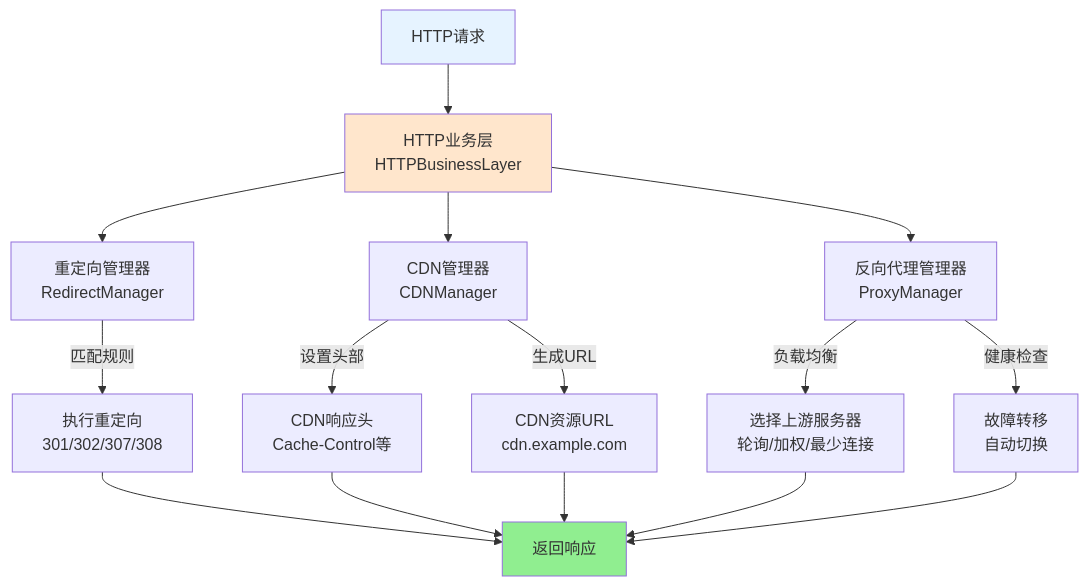
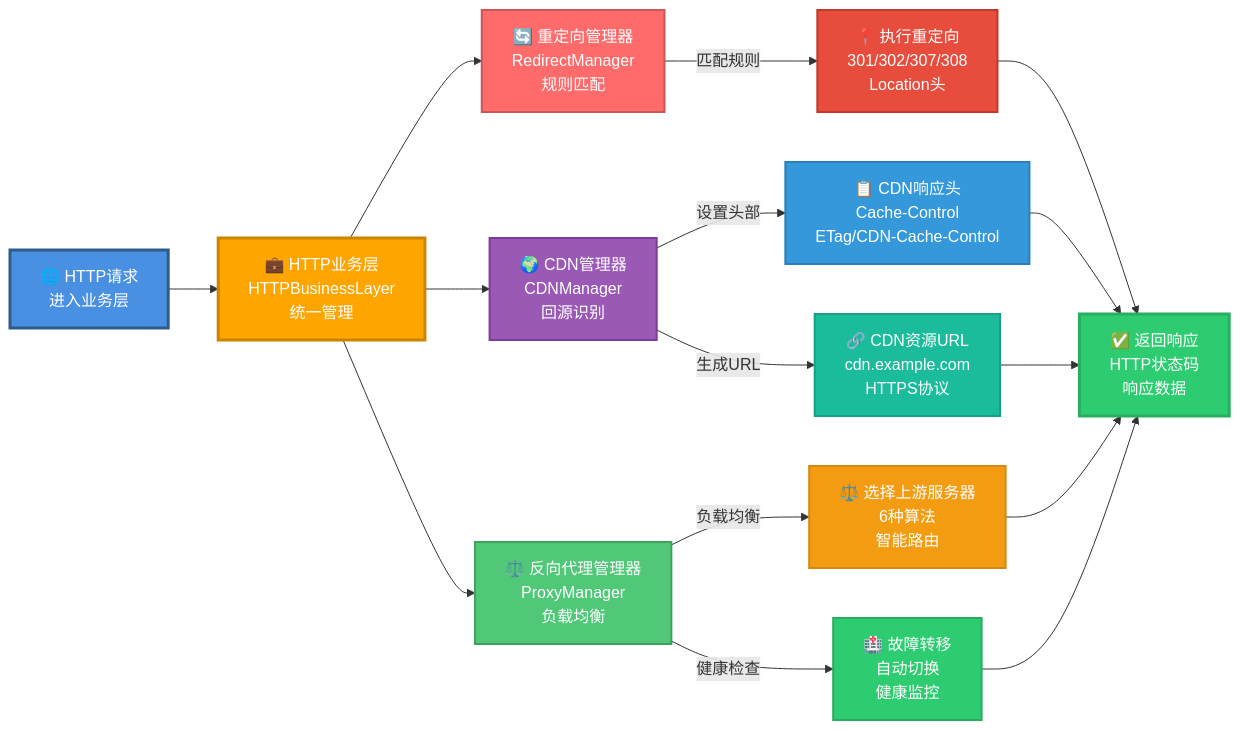
One commit to sunflowermm/XRK-AGT changed the first of 5 diagrams in docs/http-business-layer.md. Above: the diagram before and after it, drawn with Mermaid. The commit also changed other lines of this file and 9 other files, not shown here.

````diff
--- a/docs/http-business-layer.md
+++ b/docs/http-business-layer.md
@@ -29,24 +29,32 @@
 ```mermaid
-flowchart TB
-    Request["HTTP请求"] --> Business["HTTP业务层<br/>HTTPBusinessLayer"]
+flowchart LR
+    Request["🌐 HTTP请求<br/>进入业务层"] --> Business["💼 HTTP业务层<br/>HTTPBusinessLayer<br/>统一管理"]
     
-    Business --> Redirect["重定向管理器<br/>RedirectManager"]
-    Business --> CDN["CDN管理器<br/>CDNManager"]
-    Business --> Proxy["反向代理管理器<br/>ProxyManager"]
+    Business --> Redirect["🔄 重定向管理器<br/>RedirectManager<br/>规则匹配"]
+    Business --> CDN["🌍 CDN管理器<br/>CDNManager<br/>回源识别"]
+    Business --> Proxy["⚖️ 反向代理管理器<br/>ProxyManager<br/>负载均衡"]
     
-    Redirect -->|匹配规则| RedirectAction["执行重定向<br/>301/302/307/308"]
-    CDN -->|设置头部| CDNHeaders["CDN响应头<br/>Cache-Control等"]
-    CDN -->|生成URL| CDNUrl["CDN资源URL<br/>cdn.example.com"]
-    Proxy -->|负载均衡| LoadBalance["选择上游服务器<br/>轮询/加权/最少连接"]
-    Proxy -->|健康检查| HealthCheck["故障转移<br/>自动切换"]
+    Redirect -->|"匹配规则"| RedirectAction["📍 执行重定向<br/>301/302/307/308<br/>Location头"]
+    CDN -->|"设置头部"| CDNHeaders["📋 CDN响应头<br/>Cache-Control<br/>ETag/CDN-Cache-Control"]
+    CDN -->|"生成URL"| CDNUrl["🔗 CDN资源URL<br/>cdn.example.com<br/>HTTPS协议"]
+    Proxy -->|"负载均衡"| LoadBalance["⚖️ 选择上游服务器<br/>6种算法<br/>智能路由"]
+    Proxy -->|"健康检查"| HealthCheck["🏥 故障转移<br/>自动切换<br/>健康监控"]
     
-    RedirectAction --> Response["返回响应"]
+    RedirectAction --> Response["✅ 返回响应<br/>HTTP状态码<br/>响应数据"]
     CDNHeaders --> Response
     CDNUrl --> Response
     LoadBalance --> Response
     HealthCheck --> Response
     
-    style Request fill:#E6F3FF
-    style Business fill:#FFE6CC
-    style Response fill:#90EE90
+    style Request fill:#4A90E2,stroke:#2E5C8A,stroke-width:3px,color:#fff
+    style Business fill:#FFA500,stroke:#CC8400,stroke-width:3px,color:#fff
+    style Redirect fill:#FF6B6B,stroke:#CC5555,stroke-width:2px,color:#fff
+    style CDN fill:#9B59B6,stroke:#7D3C98,stroke-width:2px,color:#fff
+    style Proxy fill:#50C878,stroke:#3FA060,stroke-width:2px,color:#fff
+    style RedirectAction fill:#E74C3C,stroke:#C0392B,stroke-width:2px,color:#fff
+    style CDNHeaders fill:#3498DB,stroke:#2980B9,stroke-width:2px,color:#fff
+    style CDNUrl fill:#1ABC9C,stroke:#16A085,stroke-width:2px,color:#fff
+    style LoadBalance fill:#F39C12,stroke:#D68910,stroke-width:2px,color:#fff
+    style HealthCheck fill:#2ECC71,stroke:#27AE60,stroke-width:2px,color:#fff
+    style Response fill:#2ECC71,stroke:#27AE60,stroke-width:3px,color:#fff
 ```
````
